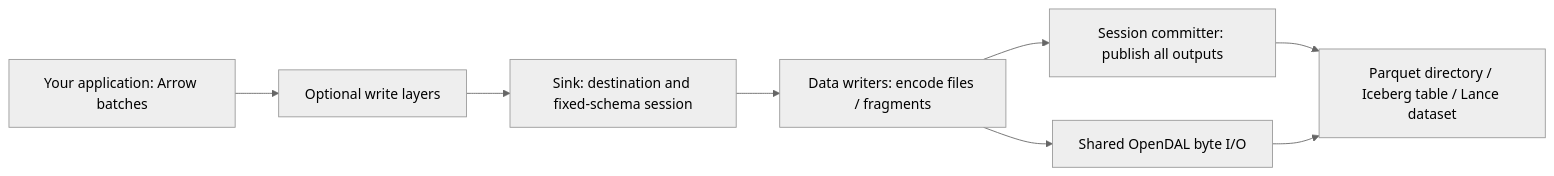
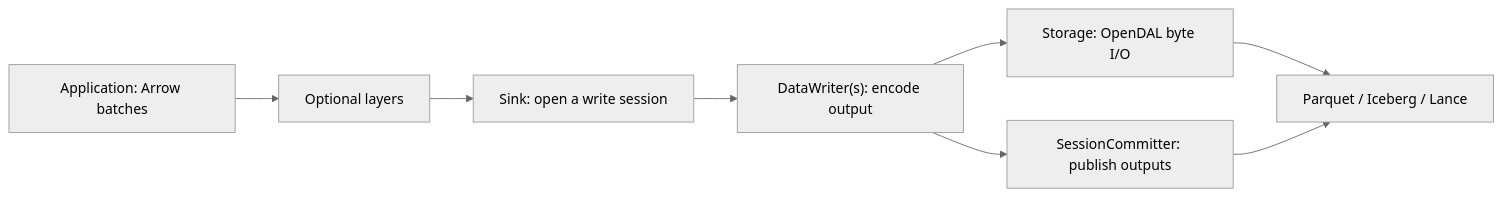
Before and after one commit to dentiny/open-arrow-sink: the diagram in README.md, drawn with Mermaid (neutral theme). The commit also changed other lines of this file and 17 other files, not shown here.

````diff
--- a/README.md
+++ b/README.md
@@ -85,10 +18,10 @@
 ```mermaid
 flowchart LR
-    Producer["Your application: Arrow batches"] --> Layers["Optional write layers"]
-    Layers --> Sink["Sink: destination and fixed-schema session"]
-    Sink --> Writers["Data writers: encode files / fragments"]
-    Writers --> Storage["Shared OpenDAL byte I/O"]
-    Writers --> Committer["Session committer: publish all outputs"]
-    Committer --> Destination["Parquet directory / Iceberg table / Lance dataset"]
-    Storage --> Destination
+    App["Application: Arrow batches"] --> Layers["Optional layers"]
+    Layers --> Sink["Sink: open a write session"]
+    Sink --> Writers["DataWriter(s): encode output"]
+    Writers --> Storage["Storage: OpenDAL byte I/O"]
+    Writers --> Committer["SessionCommitter: publish outputs"]
+    Storage --> Destination["Parquet / Iceberg / Lance"]
+    Committer --> Destination
 ```
````
